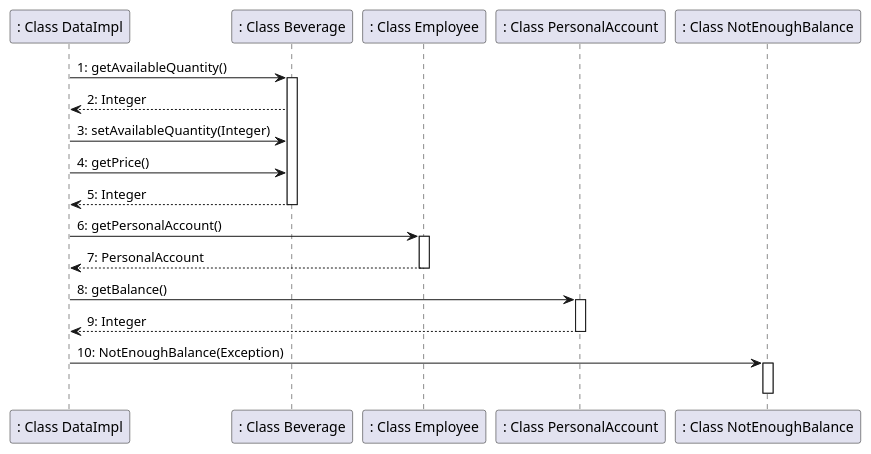
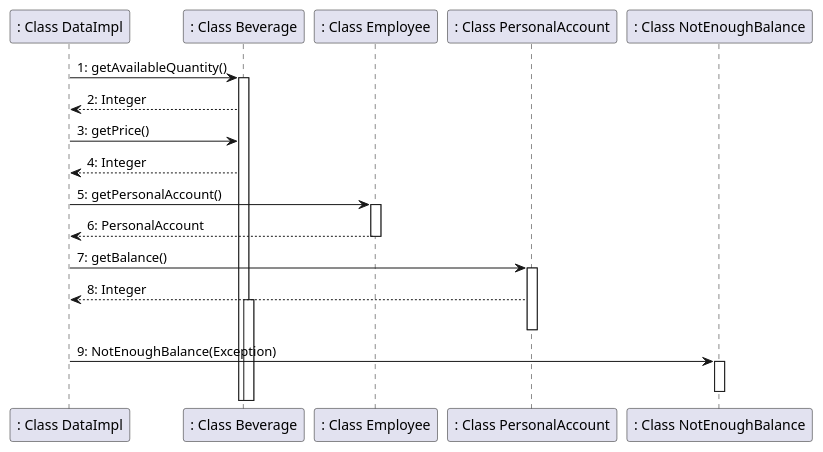
Before and after one commit to salvatore-dimartino/LaTazza: the seventh of 7 diagrams in templates/DesignDocumentTemplate.md, drawn with PlantUML. The commit also changed other lines of this file, not shown here.

````diff
--- a/templates/DesignDocumentTemplate.md
+++ b/templates/DesignDocumentTemplate.md
@@ -466,20 +465,19 @@
 ```plantuml
 ": Class DataImpl" -> ": Class Beverage": 1: getAvailableQuantity()
 activate ": Class Beverage"
 ": Class Beverage" --> ": Class DataImpl": 2: Integer
-": Class DataImpl" -> ": Class Beverage": 3: setAvailableQuantity(Integer)
-": Class DataImpl" -> ": Class Beverage": 4: getPrice()
-": Class Beverage" --> ": Class DataImpl": 5: Integer
-deactivate ": Class Beverage"
-": Class DataImpl" -> ": Class Employee": 6: getPersonalAccount()
+": Class DataImpl" -> ": Class Beverage": 3: getPrice()
+": Class Beverage" --> ": Class DataImpl": 4: Integer
+": Class DataImpl" -> ": Class Employee": 5: getPersonalAccount()
 activate ": Class Employee"
-": Class Employee" --> ": Class DataImpl": 7: PersonalAccount
+": Class Employee" --> ": Class DataImpl": 6: PersonalAccount
 deactivate ": Class Employee"
-": Class DataImpl" -> ": Class PersonalAccount": 8: getBalance()
+": Class DataImpl" -> ": Class PersonalAccount": 7: getBalance()
 activate ": Class PersonalAccount"
-": Class PersonalAccount" --> ": Class DataImpl": 9: Integer
+": Class PersonalAccount" --> ": Class DataImpl": 8: Integer
+activate ": Class Beverage"
 deactivate ": Class PersonalAccount"
-": Class DataImpl" -> ": Class NotEnoughBalance": 10: NotEnoughBalance(Exception)
+": Class DataImpl" -> ": Class NotEnoughBalance": 9: NotEnoughBalance(Exception)
 activate ": Class NotEnoughBalance"
 deactivate ": Class NotEnoughBalance"
 ```
````
